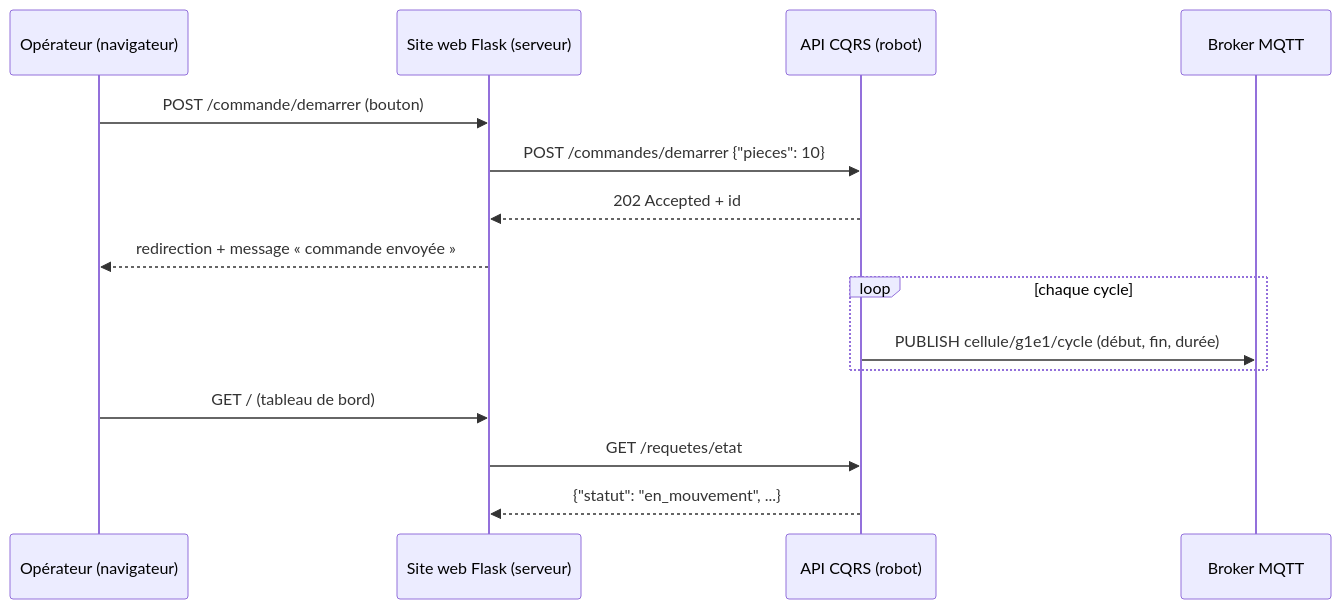
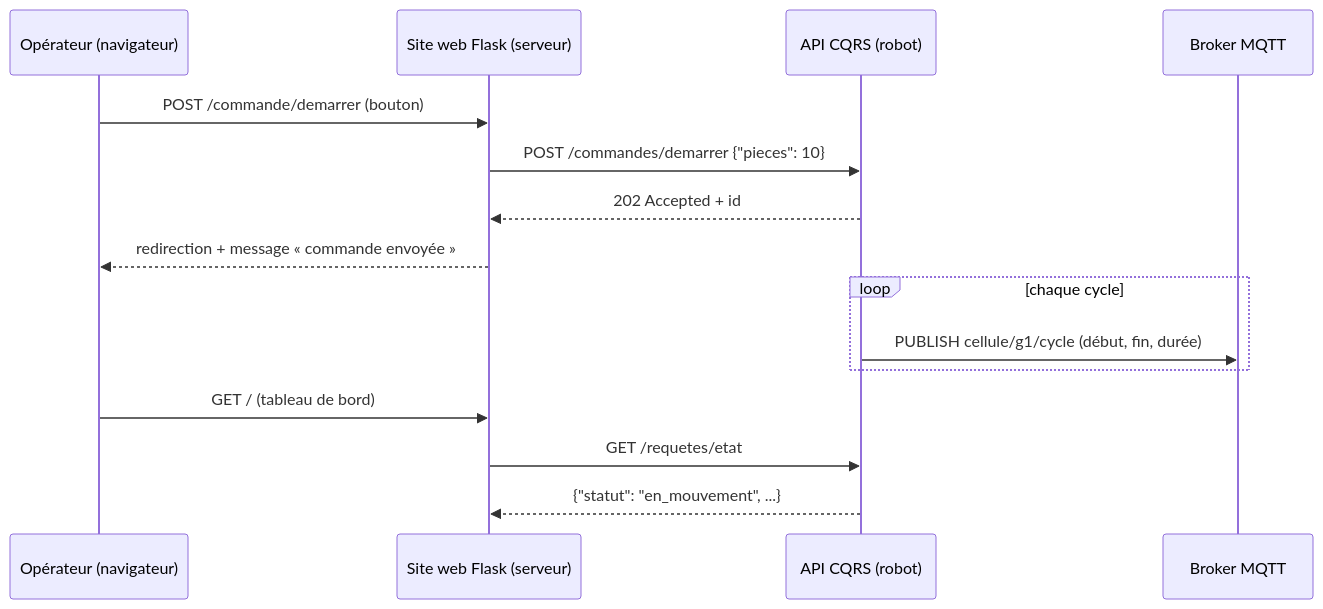
One commit to fabrice1618/niryo2 changed the second of 2 diagrams in cours/API_CQRS_REST_Flask.md. Above: the diagram before and after it, drawn with Mermaid. The commit also changed 37 other files, not shown here.

````diff
--- a/cours/API_CQRS_REST_Flask.md
+++ b/cours/API_CQRS_REST_Flask.md
@@ -496,17 +496,17 @@
 ```mermaid
 sequenceDiagram
     participant O as Opérateur (navigateur)
     participant W as Site web Flask (serveur)
     participant A as API CQRS (robot)
     participant B as Broker MQTT
     O->>W: POST /commande/demarrer (bouton)
     W->>A: POST /commandes/demarrer {"pieces": 10}
     A-->>W: 202 Accepted + id
     W-->>O: redirection + message « commande envoyée »
     loop chaque cycle
-        A->>B: PUBLISH cellule/g1e1/cycle (début, fin, durée)
+        A->>B: PUBLISH cellule/g1/cycle (début, fin, durée)
     end
     O->>W: GET / (tableau de bord)
     W->>A: GET /requetes/etat
     A-->>W: {"statut": "en_mouvement", ...}
 ```
````
